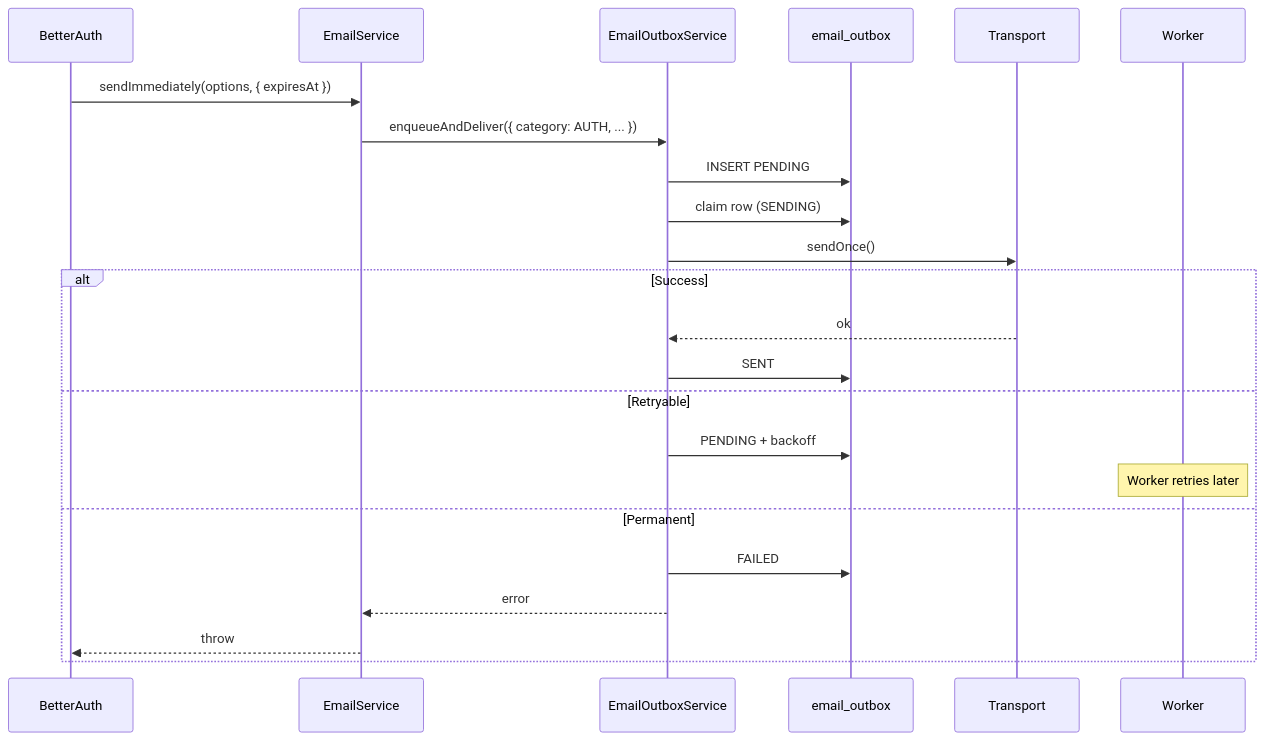
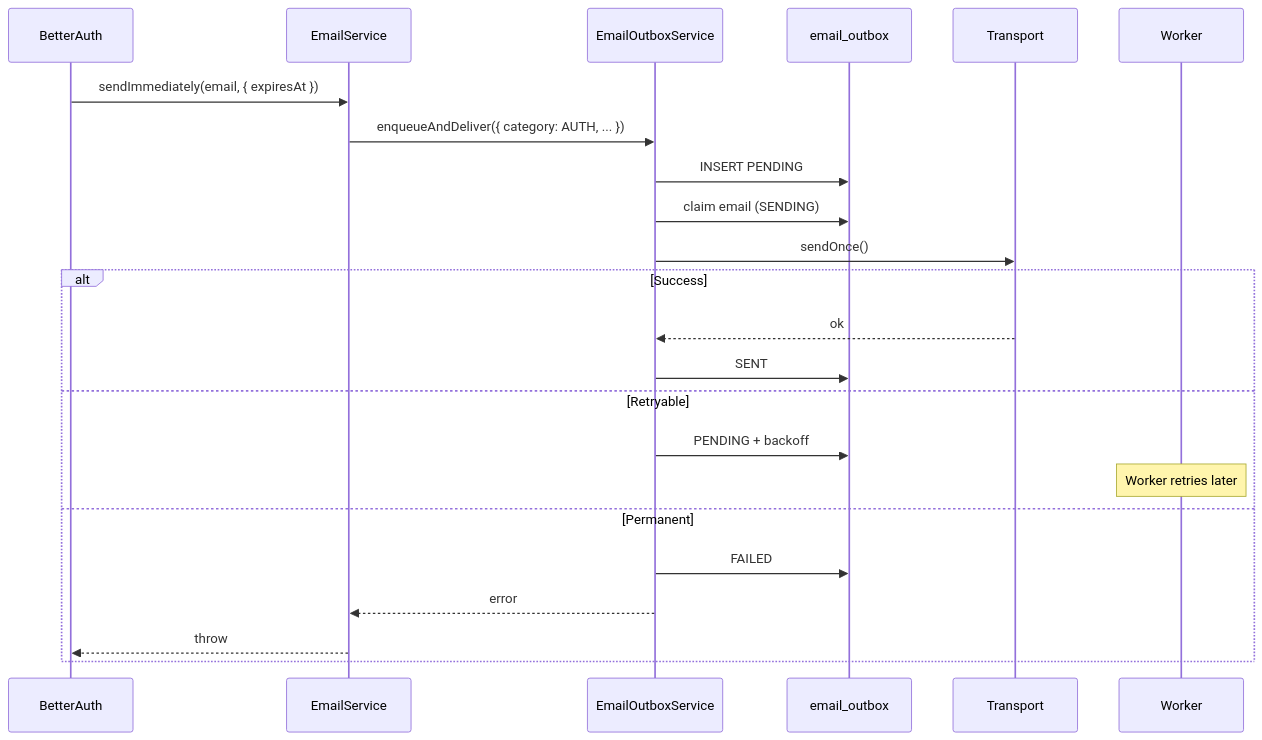
Before and after one commit to Caluno-GmbH/caluno: the third of 5 diagrams in docs/specs/2026-10-21-email-outbox-design.md, drawn with Mermaid. The commit also changed other lines of this file, not shown here.

First line of the commit message:
docs(email): sync the outbox design with current behavior

````diff
--- a/docs/specs/2026-10-21-email-outbox-design.md
+++ b/docs/specs/2026-10-21-email-outbox-design.md
@@ -114,26 +114,26 @@
 ```mermaid
 sequenceDiagram
   participant B as BetterAuth
   participant E as EmailService
   participant O as EmailOutboxService
   participant D as email_outbox
   participant T as Transport
   participant W as Worker
 
-  B->>E: sendImmediately(options, { expiresAt })
+  B->>E: sendImmediately(email, { expiresAt })
   E->>O: enqueueAndDeliver({ category: AUTH, ... })
   O->>D: INSERT PENDING
-  O->>D: claim row (SENDING)
+  O->>D: claim email (SENDING)
   O->>T: sendOnce()
   alt Success
     T-->>O: ok
     O->>D: SENT
   else Retryable
     O->>D: PENDING + backoff
     Note over W: Worker retries later
   else Permanent
     O->>D: FAILED
     O-->>E: error
     E-->>B: throw
   end
 ```
````
